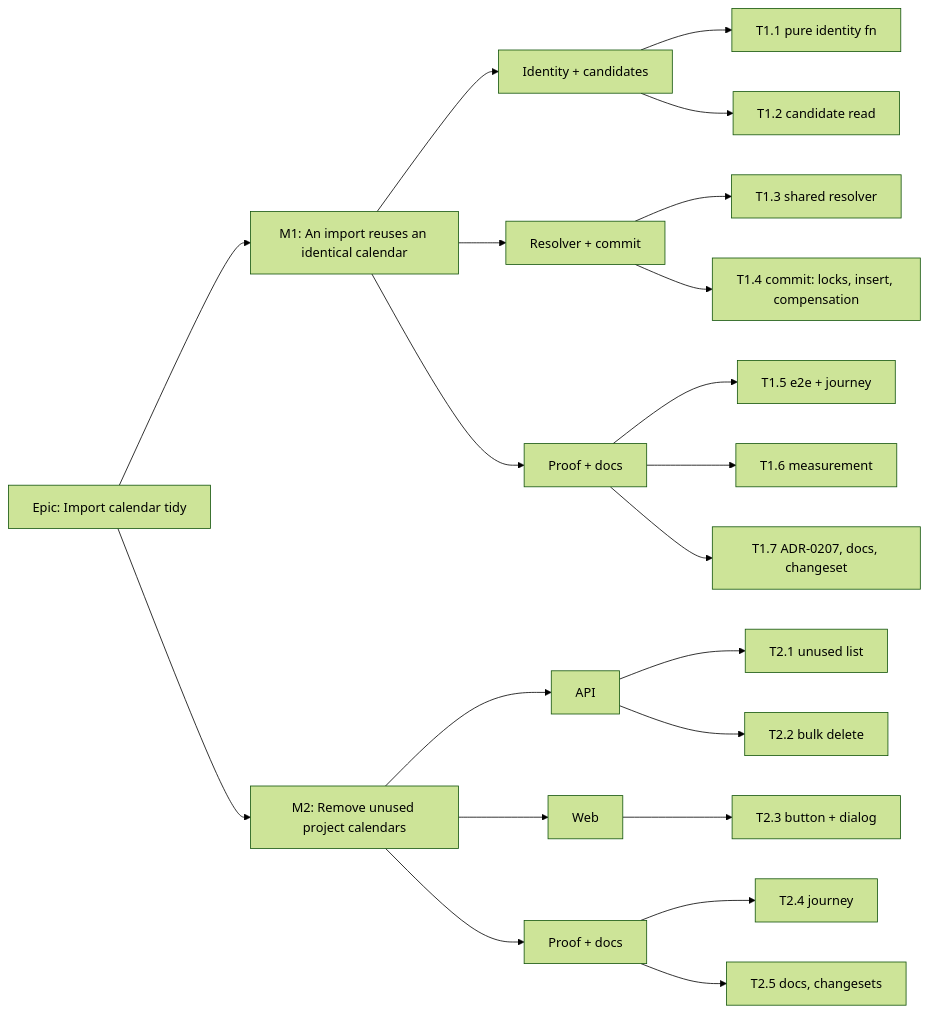
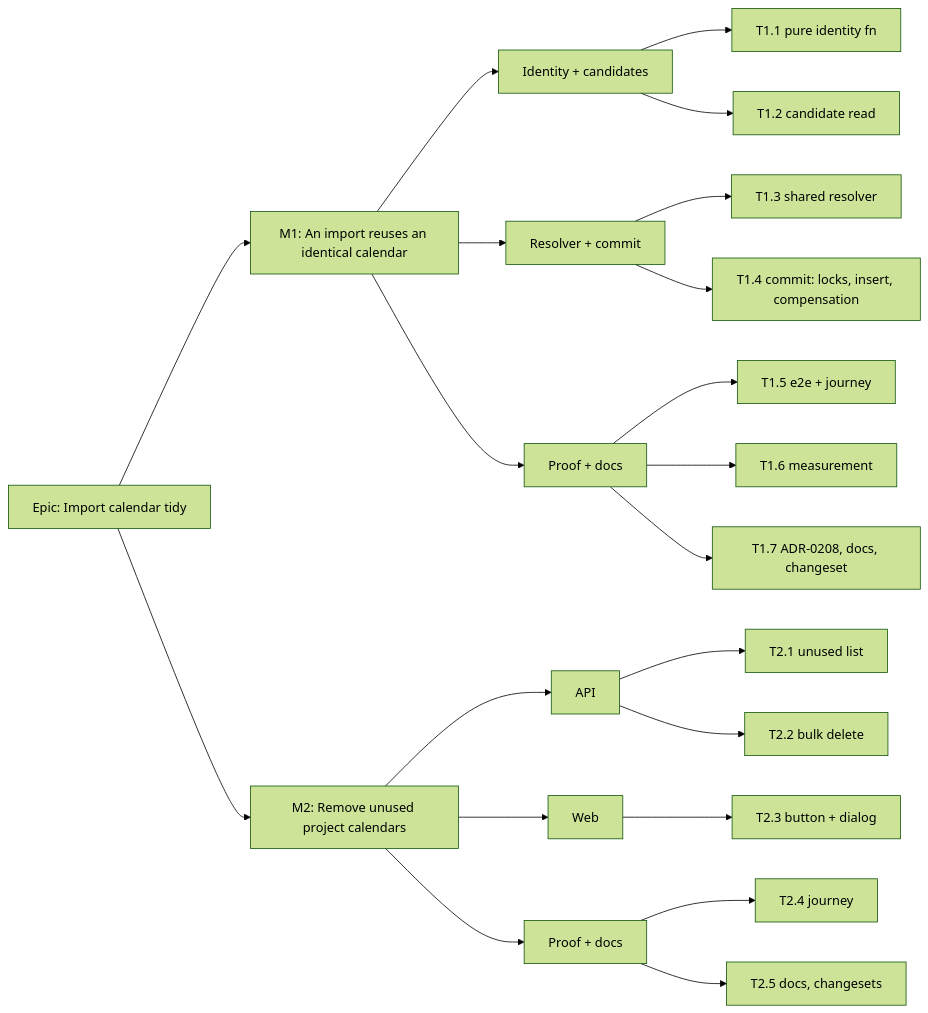
The diagram in docs/specs/import-calendar-tidy/implementation-plan.md (HuttonHomeHub/SchedulePoint_1), drawn with Mermaid (forest theme) before and after one commit. The commit also changed other lines of this file and 8 other files, not shown here.

````diff
--- a/docs/specs/import-calendar-tidy/implementation-plan.md
+++ b/docs/specs/import-calendar-tidy/implementation-plan.md
@@ -9,17 +9,17 @@
 ```mermaid
 flowchart LR
   E[Epic: Import calendar tidy] --> M1[M1: An import reuses an identical calendar]
   E --> M2[M2: Remove unused project calendars]
   M1 --> F1[Identity + candidates] --> T11[T1.1 pure identity fn]
   F1 --> T12[T1.2 candidate read]
   M1 --> F2[Resolver + commit] --> T13[T1.3 shared resolver]
   F2 --> T14[T1.4 commit: locks, insert, compensation]
   M1 --> F3[Proof + docs] --> T15[T1.5 e2e + journey]
   F3 --> T16[T1.6 measurement]
-  F3 --> T17[T1.7 ADR-0207, docs, changeset]
+  F3 --> T17[T1.7 ADR-0208, docs, changeset]
   M2 --> F4[API] --> T21[T2.1 unused list]
   F4 --> T22[T2.2 bulk delete]
   M2 --> F5[Web] --> T23[T2.3 button + dialog]
   M2 --> F6[Proof + docs] --> T24[T2.4 journey]
   F6 --> T25[T2.5 docs, changesets]
 ```
````
